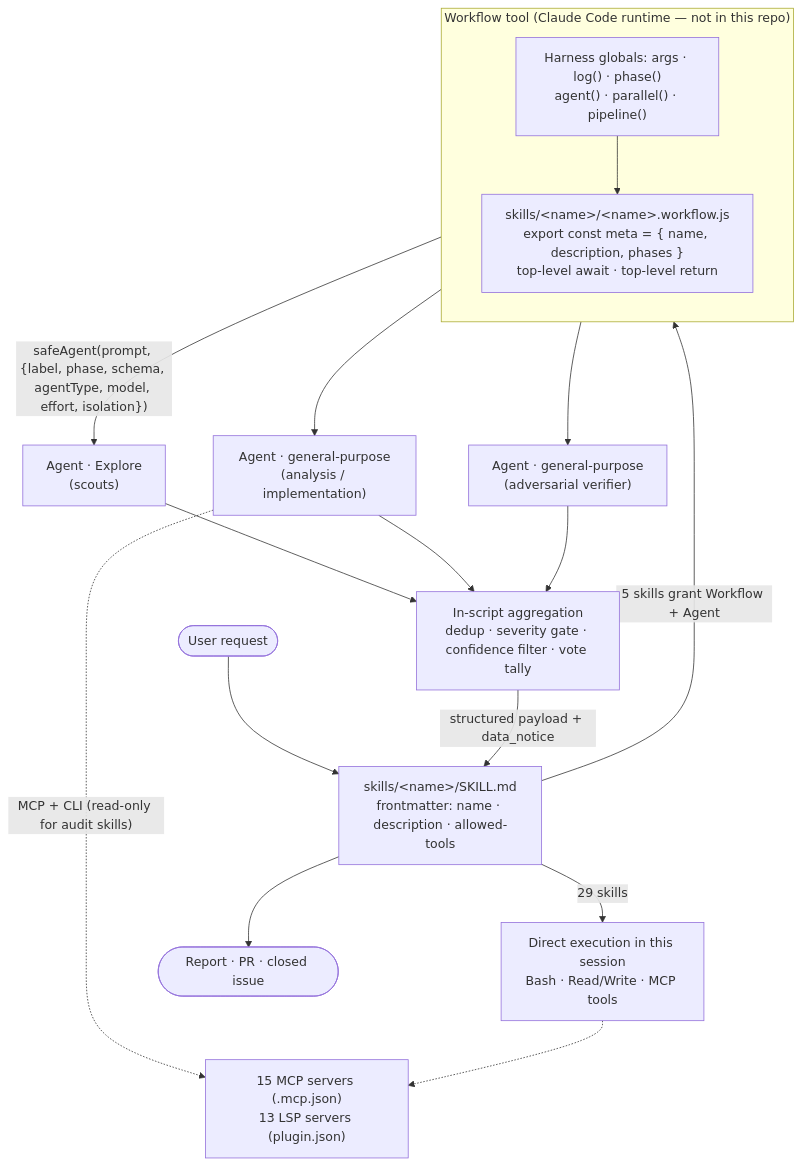
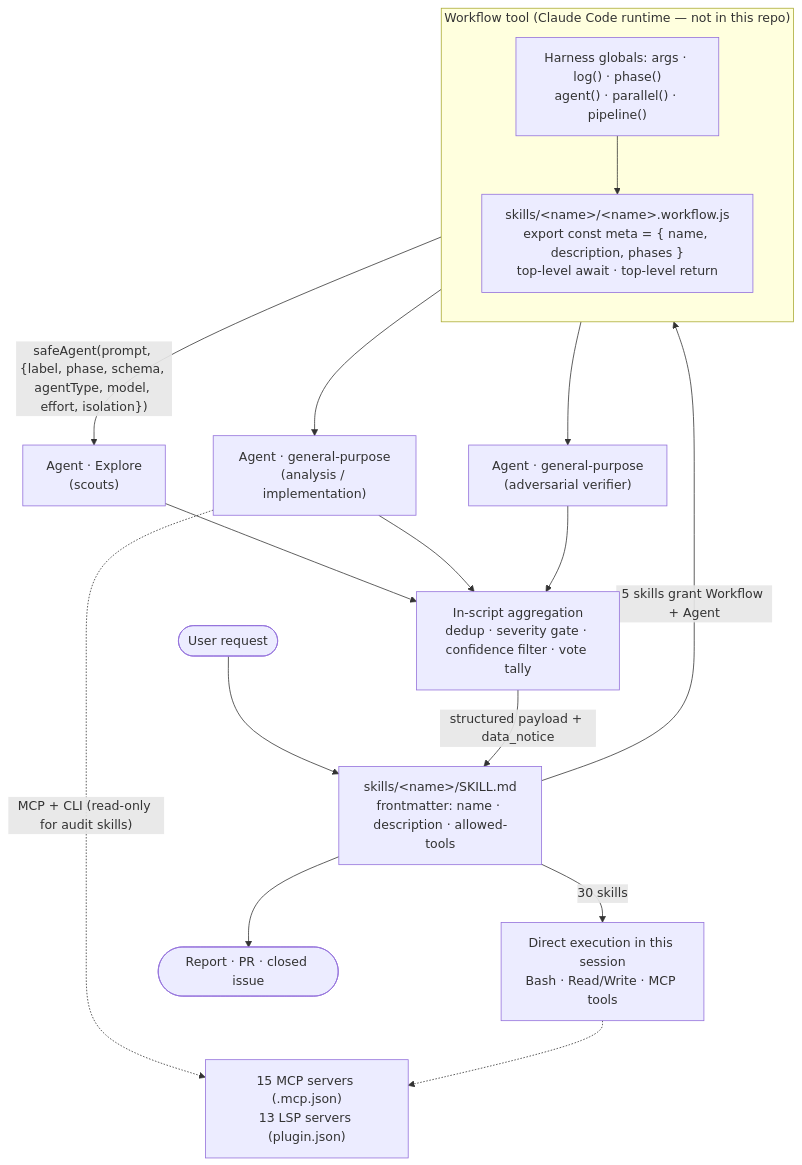
Before and after one commit to Cloud-Officer/claude-code-plugin-dev: the diagram in docs/architecture.md, drawn with Mermaid. The commit also changed other lines of this file and 4 other files, not shown here.

Commit message:
#281: Add sendgrid skill for full read/write SendGrid v3 API access (#282)

````diff
--- a/docs/architecture.md
+++ b/docs/architecture.md
@@ -49,25 +49,25 @@
 ```mermaid
 flowchart TB
     U([User request]) --> S["skills/&lt;name&gt;/SKILL.md<br/>frontmatter: name · description · allowed-tools"]
 
-    S -->|29 skills| D["Direct execution in this session<br/>Bash · Read/Write · MCP tools"]
+    S -->|30 skills| D["Direct execution in this session<br/>Bash · Read/Write · MCP tools"]
 
     S -->|"5 skills grant Workflow + Agent"| W
 
     subgraph W["Workflow tool (Claude Code runtime — not in this repo)"]
         direction TB
         H["Harness globals: args · log() · phase()<br/>agent() · parallel() · pipeline()"]
         H --> SC["skills/&lt;name&gt;/&lt;name&gt;.workflow.js<br/>export const meta = { name, description, phases }<br/>top-level await · top-level return"]
     end
 
     SC -->|"safeAgent(prompt, {label, phase, schema, agentType, model, effort, isolation})"| A1["Agent · Explore<br/>(scouts)"]
     SC --> A2["Agent · general-purpose<br/>(analysis / implementation)"]
     SC --> A3["Agent · general-purpose<br/>(adversarial verifier)"]
 
     A1 & A2 & A3 --> AGG["In-script aggregation<br/>dedup · severity gate · confidence filter · vote tally"]
     AGG -->|structured payload + data_notice| S
     S --> R([Report · PR · closed issue])
 
     A2 -.->|"MCP + CLI (read-only for audit skills)"| EXT["15 MCP servers (.mcp.json)<br/>13 LSP servers (plugin.json)"]
     D -.-> EXT
 ```
````
